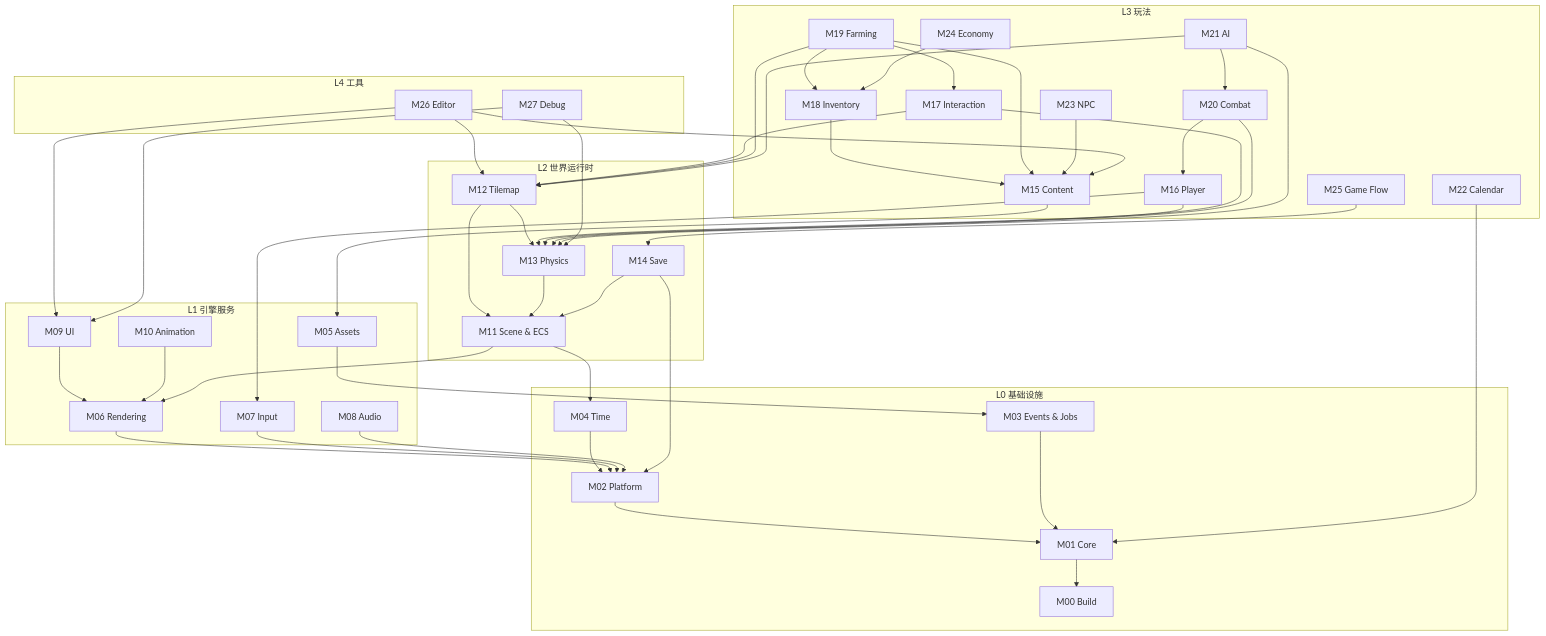
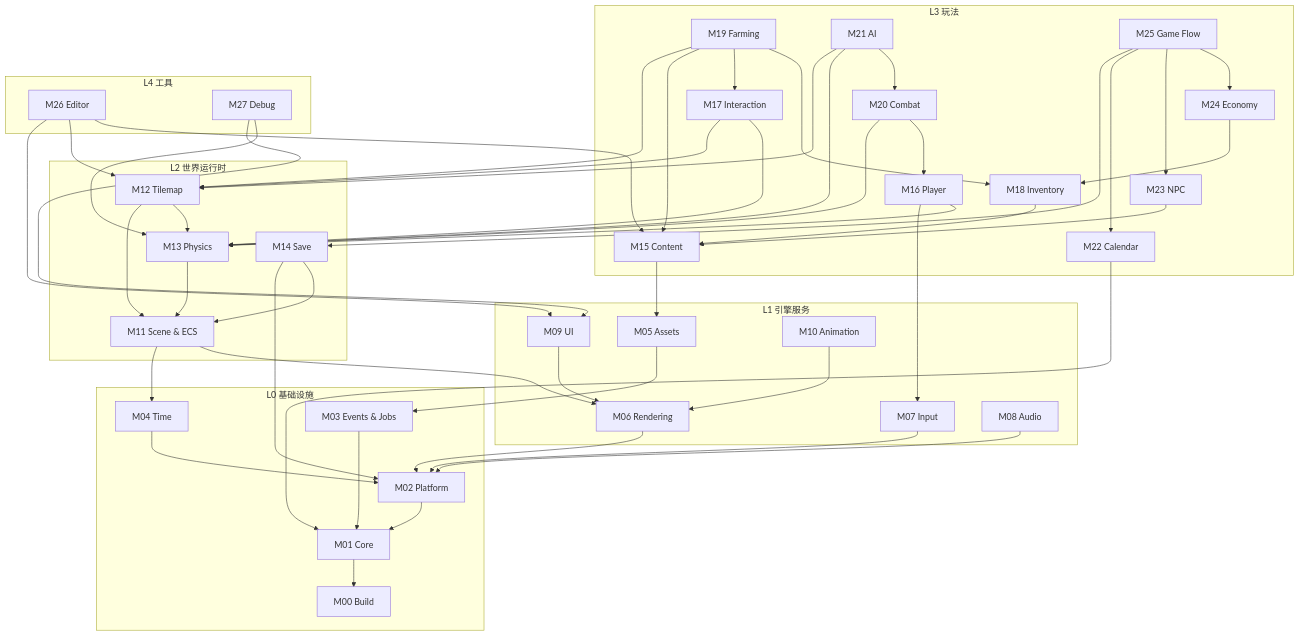
The diagram in docs/architecture/module-map.md (Narciostyx/Florian-s-Adventure), drawn with Mermaid before and after one commit. The commit also changed other lines of this file and 18 other files, not shown here.

```diff
--- a/docs/architecture/module-map.md
+++ b/docs/architecture/module-map.md
@@ -113,6 +113,9 @@
   M23 --> M15
   M24 --> M18
   M25 --> M14
+  M25 --> M22
+  M25 --> M23
+  M25 --> M24
  M26 --> M09
  M26 --> M12
  M26 --> M15
```
